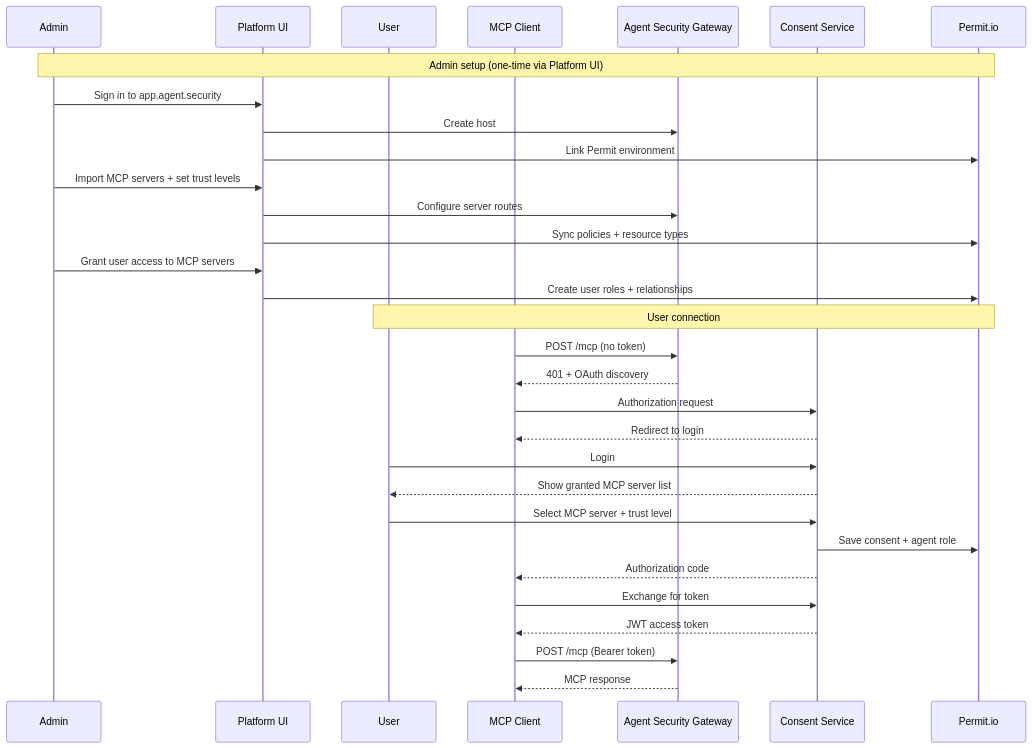
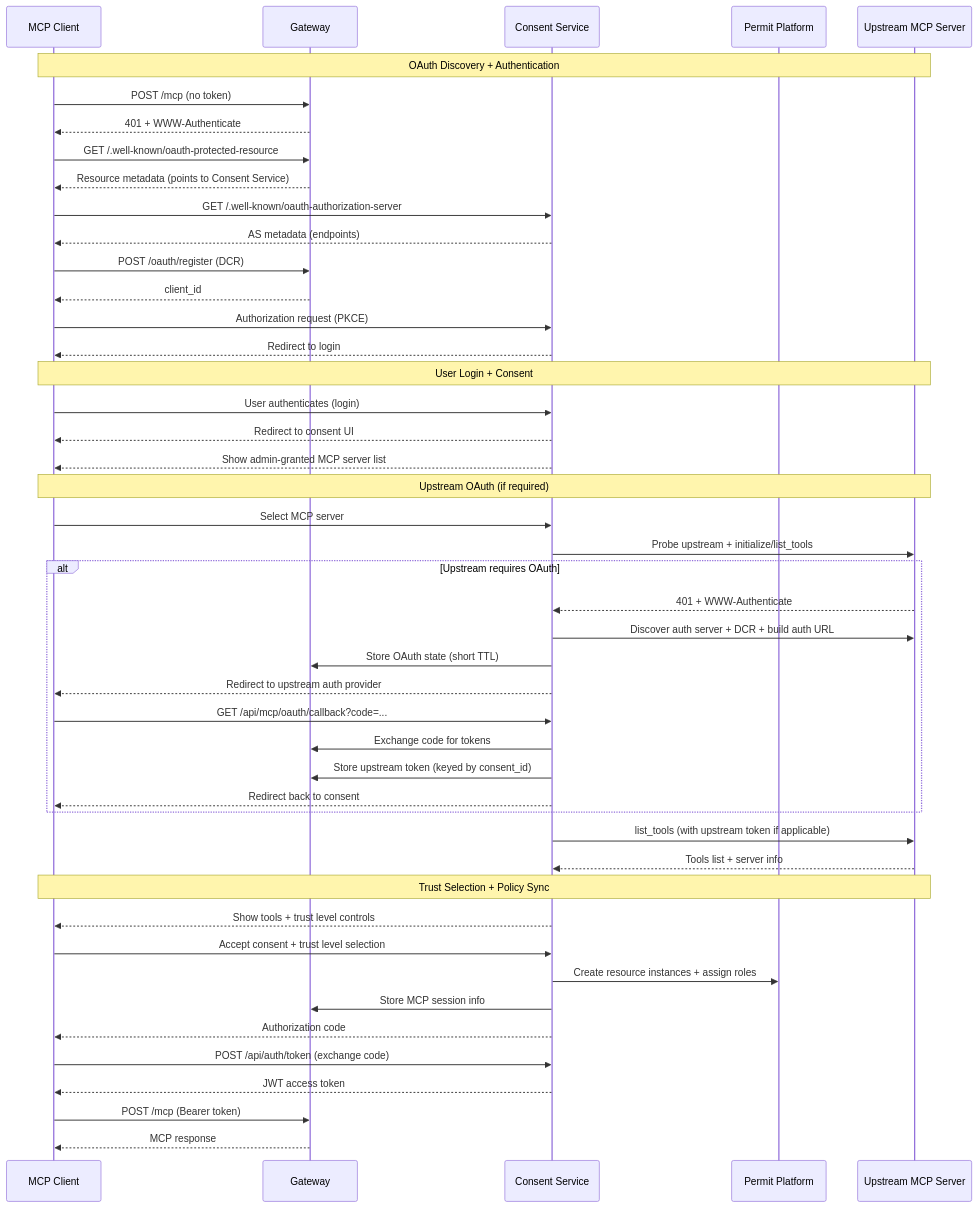
The fifth of 7 diagrams in docs/ai-security/mcp-permissions/architecture.mdx (permitio/docs), drawn with Mermaid before and after one commit. The commit also changed other lines of this file and 22 other files, not shown here.

First line of the commit message:
PER-14120 PER-14117 PER-14114 PER-14110 PER-14111 PER-14112 PER-14113 PER-14116 per-14119 PER-14118 Agent Security Docs Phase 2: Architecture diagrams, platform    guides, and Permit integration   (#612)

````diff
--- a/docs/ai-security/mcp-permissions/architecture.mdx
+++ b/docs/ai-security/mcp-permissions/architecture.mdx
@@ -165,35 +245,52 @@
 ```mermaid
 sequenceDiagram
-    participant A as Admin
-    participant PL as Platform UI
-    participant U as User
     participant C as MCP Client
-    participant G as Agent Security Gateway
+    participant GW as Gateway
     participant CS as Consent Service
-    participant PM as Permit.io
+    participant PermitAPI as Permit Platform
+    participant Up as Upstream MCP Server
 
-    Note over A,PM: Admin setup (one-time via Platform UI)
-    A->>PL: Sign in to app.agent.security
-    PL->>G: Create host
-    PL->>PM: Link Permit environment
-    A->>PL: Import MCP servers + set trust levels
-    PL->>G: Configure server routes
-    PL->>PM: Sync policies + resource types
-    A->>PL: Grant user access to MCP servers
-    PL->>PM: Create user roles + relationships
+    Note over C,Up: OAuth Discovery + Authentication
+    C->>GW: POST /mcp (no token)
+    GW-->>C: 401 + WWW-Authenticate
+    C->>GW: GET /.well-known/oauth-protected-resource
+    GW-->>C: Resource metadata (points to Consent Service)
+    C->>CS: GET /.well-known/oauth-authorization-server
+    CS-->>C: AS metadata (endpoints)
+    C->>GW: POST /oauth/register (DCR)
+    GW-->>C: client_id
+    C->>CS: Authorization request (PKCE)
+    CS-->>C: Redirect to login
 
-    Note over U,PM: User connection
-    C->>G: POST /mcp (no token)
-    G-->>C: 401 + OAuth discovery
-    C->>CS: Authorization request
-    CS-->>C: Redirect to login
-    U->>CS: Login
-    CS-->>U: Show granted MCP server list
-    U->>CS: Select MCP server + trust level
-    CS->>PM: Save consent + agent role
+    Note over C,Up: User Login + Consent
+    C->>CS: User authenticates (login)
+    CS-->>C: Redirect to consent UI
+    CS-->>C: Show admin-granted MCP server list
+
+    Note over C,Up: Upstream OAuth (if required)
+    C->>CS: Select MCP server
+    CS->>Up: Probe upstream + initialize/list_tools
+    alt Upstream requires OAuth
+        Up-->>CS: 401 + WWW-Authenticate
+        CS->>Up: Discover auth server + DCR + build auth URL
+        CS->>GW: Store OAuth state (short TTL)
+        CS-->>C: Redirect to upstream auth provider
+        C->>CS: GET /api/mcp/oauth/callback?code=...
+        CS->>GW: Exchange code for tokens
+        CS->>GW: Store upstream token (keyed by consent_id)
+        CS-->>C: Redirect back to consent
+    end
+    CS->>Up: list_tools (with upstream token if applicable)
+    Up-->>CS: Tools list + server info
+
+    Note over C,Up: Trust Selection + Policy Sync
+    CS-->>C: Show tools + trust level controls
+    C->>CS: Accept consent + trust level selection
+    CS->>PermitAPI: Create resource instances + assign roles
+    CS->>GW: Store MCP session info
     CS-->>C: Authorization code
-    C->>CS: Exchange for token
+    C->>CS: POST /api/auth/token (exchange code)
     CS-->>C: JWT access token
-    C->>G: POST /mcp (Bearer token)
-    G-->>C: MCP response
+    C->>GW: POST /mcp (Bearer token)
+    GW-->>C: MCP response
 ```
````
